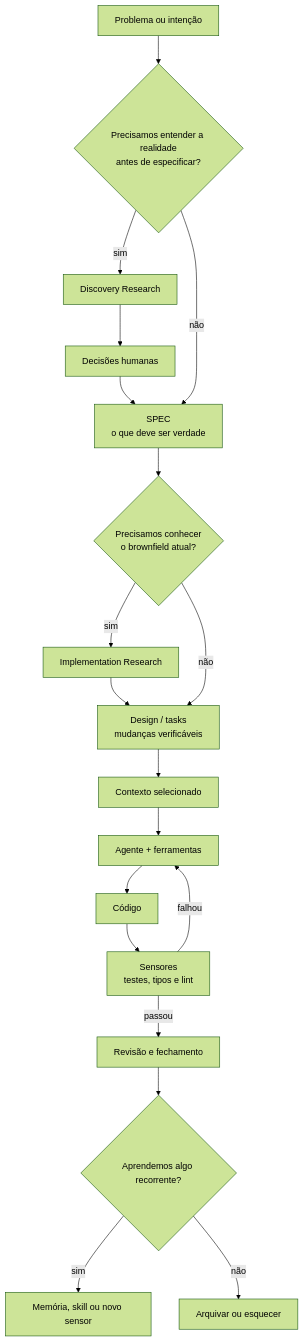
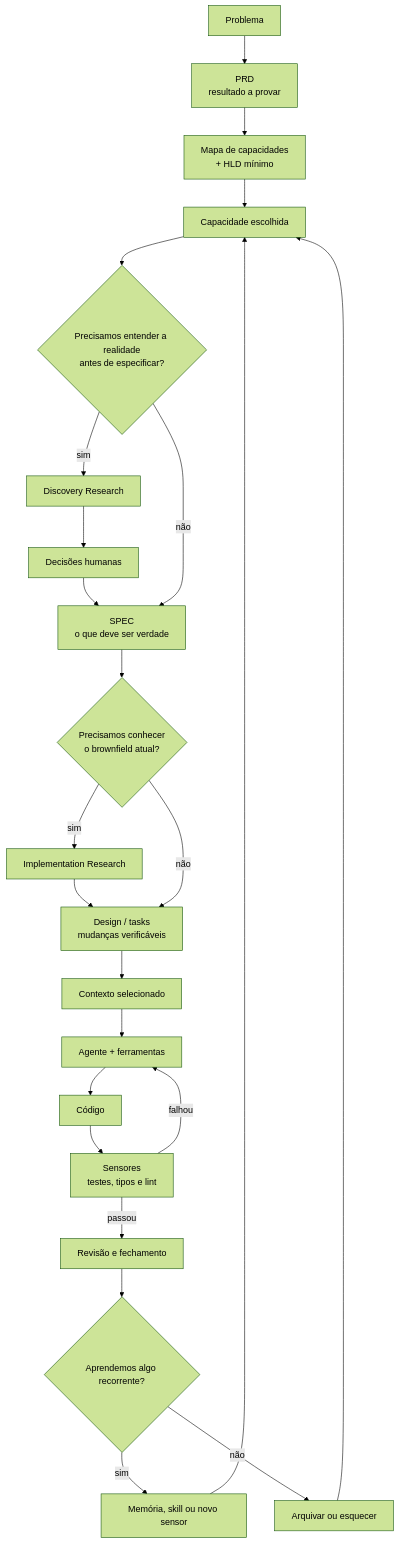
The diagram in docs/livro/README.md (Erick-Marinho/do-zero-ao-agente), drawn with Mermaid (forest theme) before and after one commit. The commit also changed other lines of this file and 14 other files, not shown here.

````diff
--- a/docs/livro/README.md
+++ b/docs/livro/README.md
@@ -114,21 +122,26 @@
 ```mermaid
 flowchart TD
-    A[Problema ou intenção] --> Q{Precisamos entender a realidade<br/>antes de especificar?}
+    PR[Problema] --> PRD[PRD<br/>resultado a provar]
+    PRD --> CAP[Mapa de capacidades<br/>+ HLD mínimo]
+    CAP --> A[Capacidade escolhida]
+    A --> Q{Precisamos entender a realidade<br/>antes de especificar?}
     Q -->|sim| DR[Discovery Research]
     DR --> HD[Decisões humanas]
     HD --> B[SPEC<br/>o que deve ser verdade]
     Q -->|não| B
     B --> QB{Precisamos conhecer<br/>o brownfield atual?}
     QB -->|sim| BR[Implementation Research]
     BR --> D[Design / tasks<br/>mudanças verificáveis]
     QB -->|não| D
     D --> E[Contexto selecionado]
     E --> F[Agente + ferramentas]
     F --> G[Código]
     G --> H[Sensores<br/>testes, tipos e lint]
     H -->|falhou| F
     H -->|passou| I[Revisão e fechamento]
     I --> J{Aprendemos algo recorrente?}
     J -->|sim| K[Memória, skill ou novo sensor]
     J -->|não| L[Arquivar ou esquecer]
+    K --> A
+    L --> A
 ```
````
